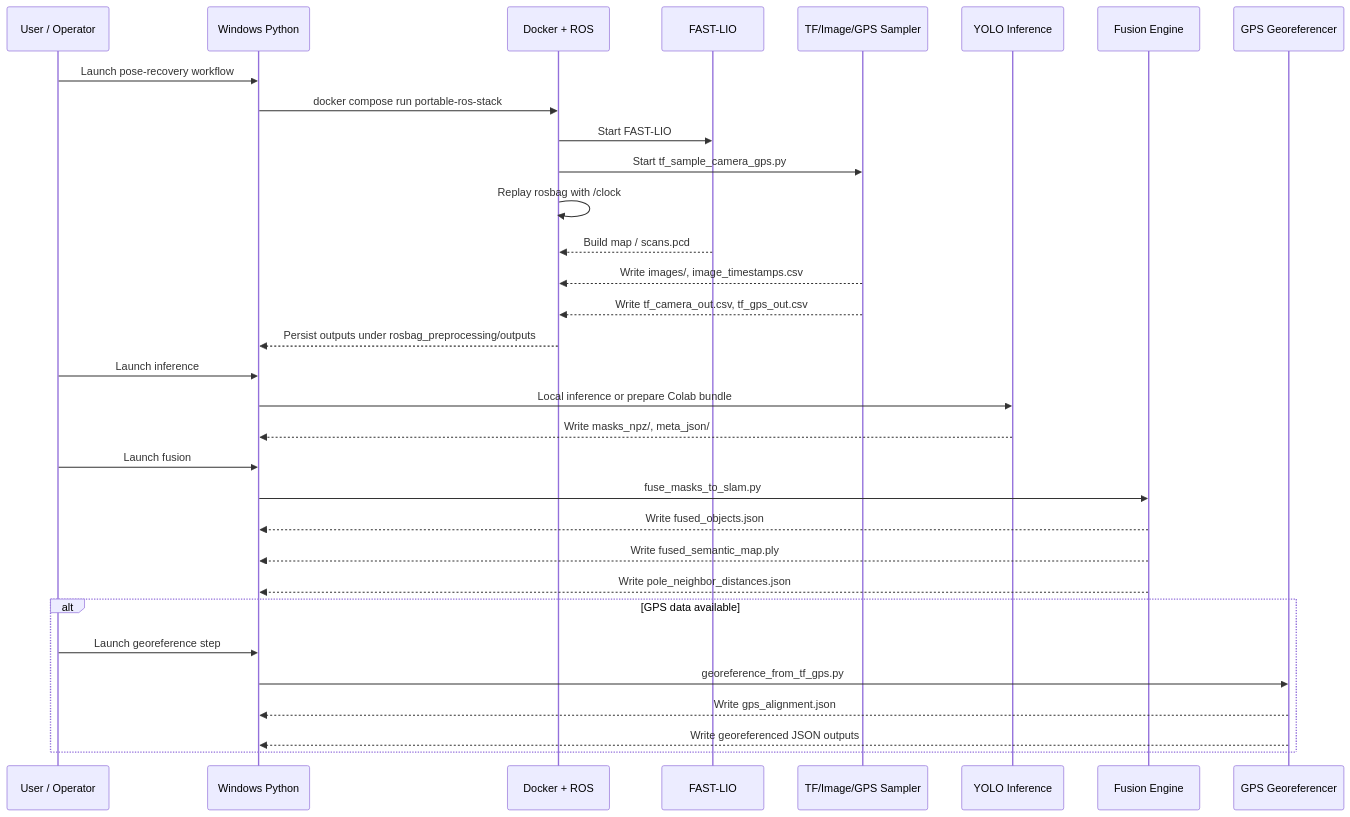
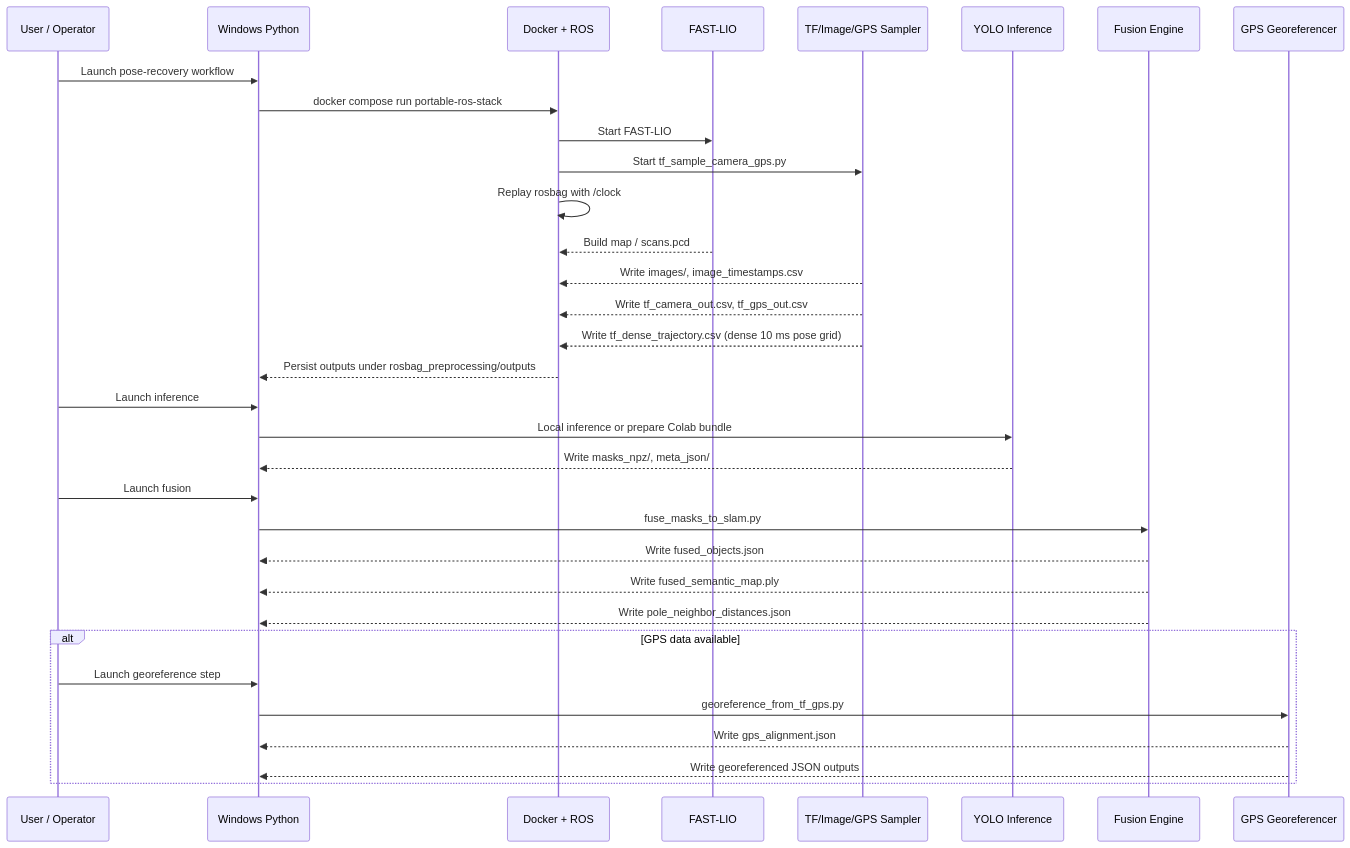
Before and after one commit to nathanvance/ENGR498-GUI-Project: the diagram in ENGR-498-Project/backend_docs/01-system-overview.md, drawn with Mermaid. The commit also changed other lines of this file and 21 other files, not shown here.

````diff
--- a/ENGR-498-Project/backend_docs/01-system-overview.md
+++ b/ENGR-498-Project/backend_docs/01-system-overview.md
@@ -57,38 +57,39 @@
 ```mermaid
 sequenceDiagram
     participant User as User / Operator
     participant Win as Windows Python
     participant Dock as Docker + ROS
     participant Fast as FAST-LIO
     participant Samp as TF/Image/GPS Sampler
     participant Yolo as YOLO Inference
     participant Fusion as Fusion Engine
     participant GPS as GPS Georeferencer
 
     User->>Win: Launch pose-recovery workflow
     Win->>Dock: docker compose run portable-ros-stack
     Dock->>Fast: Start FAST-LIO
     Dock->>Samp: Start tf_sample_camera_gps.py
     Dock->>Dock: Replay rosbag with /clock
     Fast-->>Dock: Build map / scans.pcd
     Samp-->>Dock: Write images/, image_timestamps.csv
     Samp-->>Dock: Write tf_camera_out.csv, tf_gps_out.csv
+    Samp-->>Dock: Write tf_dense_trajectory.csv (dense 10 ms pose grid)
     Dock-->>Win: Persist outputs under rosbag_preprocessing/outputs
 
     User->>Win: Launch inference
     Win->>Yolo: Local inference or prepare Colab bundle
     Yolo-->>Win: Write masks_npz/, meta_json/
 
     User->>Win: Launch fusion
     Win->>Fusion: fuse_masks_to_slam.py
     Fusion-->>Win: Write fused_objects.json
     Fusion-->>Win: Write fused_semantic_map.ply
     Fusion-->>Win: Write pole_neighbor_distances.json
 
     alt GPS data available
         User->>Win: Launch georeference step
         Win->>GPS: georeference_from_tf_gps.py
         GPS-->>Win: Write gps_alignment.json
         GPS-->>Win: Write georeferenced JSON outputs
     end
 ```
````
